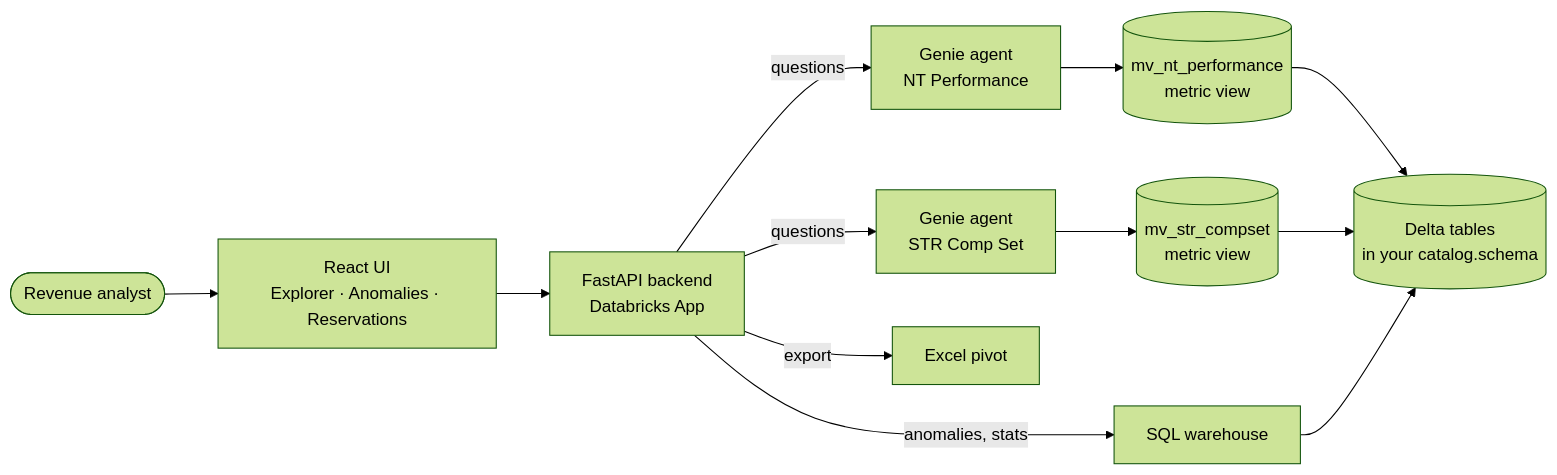
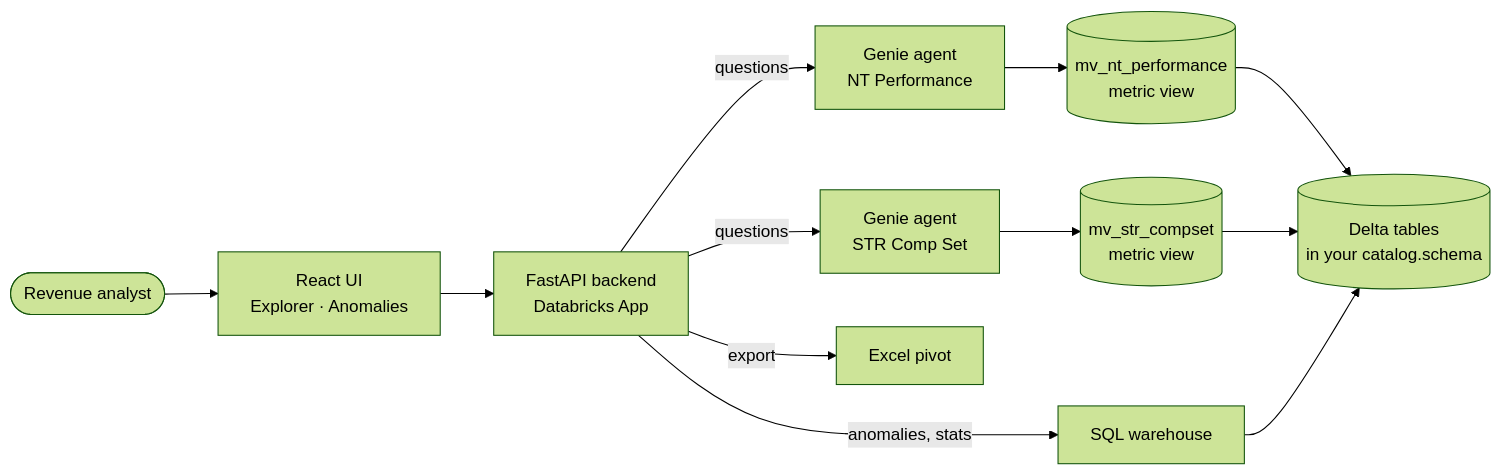
Before and after one commit to jonathan-whiteley/wyndham-revsight: the diagram in README.md, drawn with Mermaid (forest theme). The commit also changed other lines of this file and 26 other files, not shown here.

````diff
--- a/README.md
+++ b/README.md
@@ -38,14 +37,14 @@
 ```mermaid
 flowchart LR
-    U([Revenue analyst]) --> UI[React UI<br/>Explorer · Anomalies · Reservations]
+    U([Revenue analyst]) --> UI[React UI<br/>Explorer · Anomalies]
     UI --> API[FastAPI backend<br/>Databricks App]
     API -- questions --> G1[Genie agent<br/>NT Performance]
     API -- questions --> G2[Genie agent<br/>STR Comp Set]
     G1 --> MV1[(mv_nt_performance<br/>metric view)]
     G2 --> MV2[(mv_str_compset<br/>metric view)]
     API -- anomalies, stats --> WH[SQL warehouse]
     MV1 --> T[(Delta tables<br/>in your catalog.schema)]
     MV2 --> T
     WH --> T
     API -- export --> X[Excel pivot]
 ```
````
